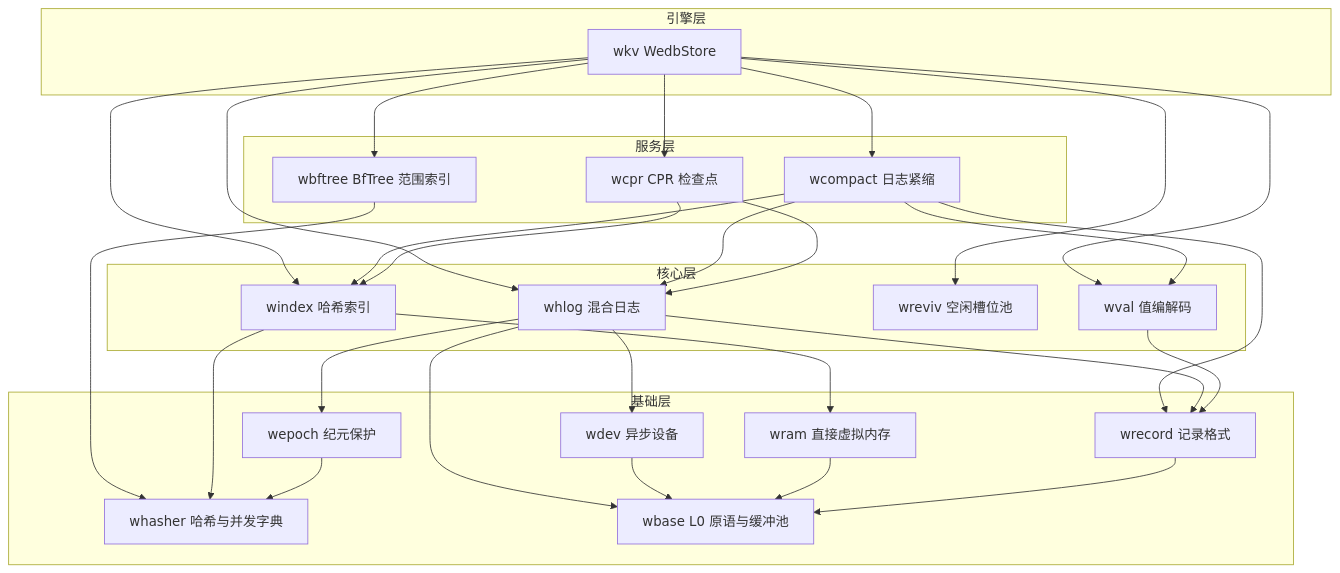
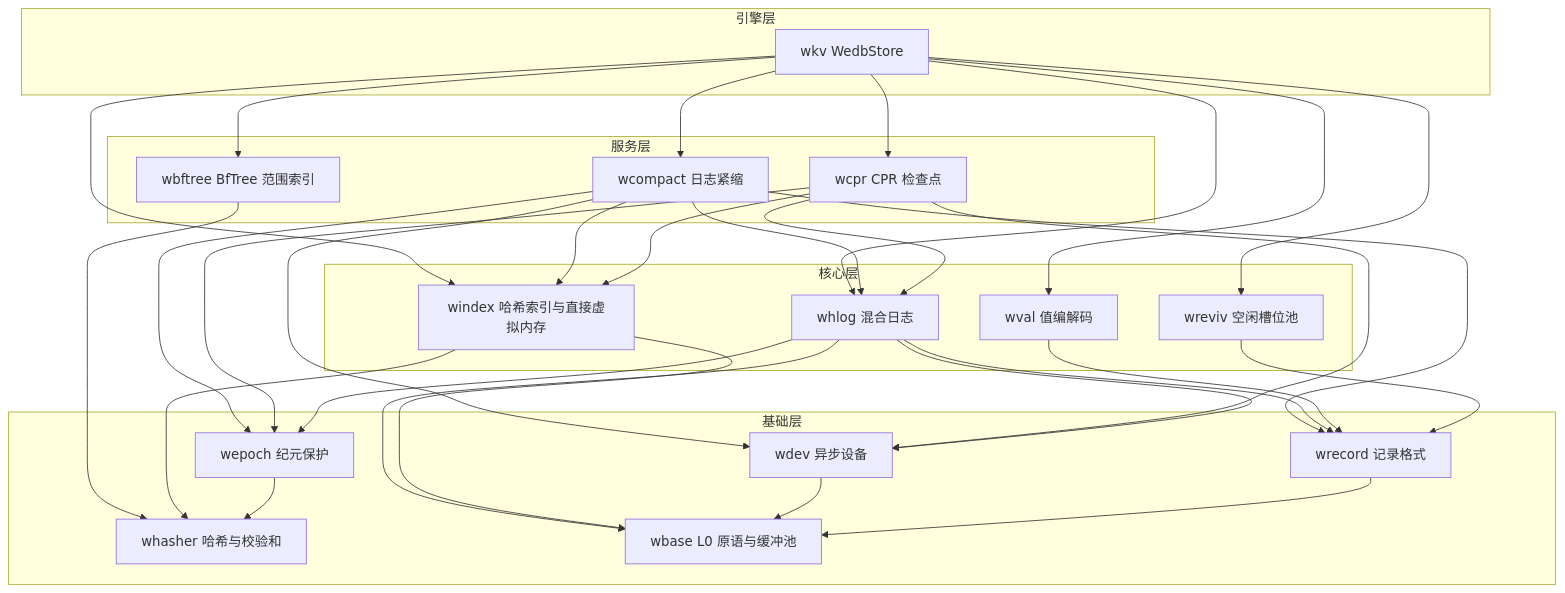
One commit to webc-site/wedb changed the first of 2 diagrams in wedb/readme/zh.md. Above: the diagram before and after it, drawn with Mermaid. The commit also changed other lines of this file and 7 other files, not shown here.

Commit message:
docs: 校正 README crate 地图，删幽灵 wram 与虚构 16 分片，按实况重写 API 清单并再生成 mdt

````diff
--- a/wedb/readme/zh.md
+++ b/wedb/readme/zh.md
@@ -171,51 +170,53 @@
 ```mermaid
 graph TD
   subgraph engine[引擎层]
     wkv[wkv WedbStore]
   end
   subgraph services[服务层]
     wcpr[wcpr CPR 检查点]
     wcompact[wcompact 日志紧缩]
     wbftree[wbftree BfTree 范围索引]
   end
   subgraph core[核心层]
     whlog[whlog 混合日志]
-    windex[windex 哈希索引]
+    windex[windex 哈希索引与直接虚拟内存]
     wreviv[wreviv 空闲槽位池]
     wval[wval 值编解码]
   end
   subgraph foundation[基础层]
     wrecord[wrecord 记录格式]
     wdev[wdev 异步设备]
     wepoch[wepoch 纪元保护]
-    whasher[whasher 哈希与并发字典]
-    wram[wram 直接虚拟内存]
+    whasher[whasher 哈希与校验和]
     wbase[wbase L0 原语与缓冲池]
   end
 
   wkv --> wcpr
   wkv --> wcompact
   wkv --> wbftree
   wkv --> whlog
   wkv --> windex
   wkv --> wreviv
   wkv --> wval
   wcompact --> whlog
   wcompact --> windex
-  wcompact --> wval
   wcompact --> wrecord
+  wcompact --> wdev
+  wcompact --> wepoch
   wcpr --> whlog
   wcpr --> windex
+  wcpr --> wdev
+  wcpr --> wepoch
   wbftree --> whasher
   whlog --> wrecord
   whlog --> wdev
   whlog --> wepoch
   whlog --> wbase
   windex --> whasher
-  windex --> wram
+  windex --> wbase
   wval --> wrecord
   wdev --> wbase
   wepoch --> whasher
-  wram --> wbase
   wrecord --> wbase
+  wreviv --> wrecord
 ```
````
